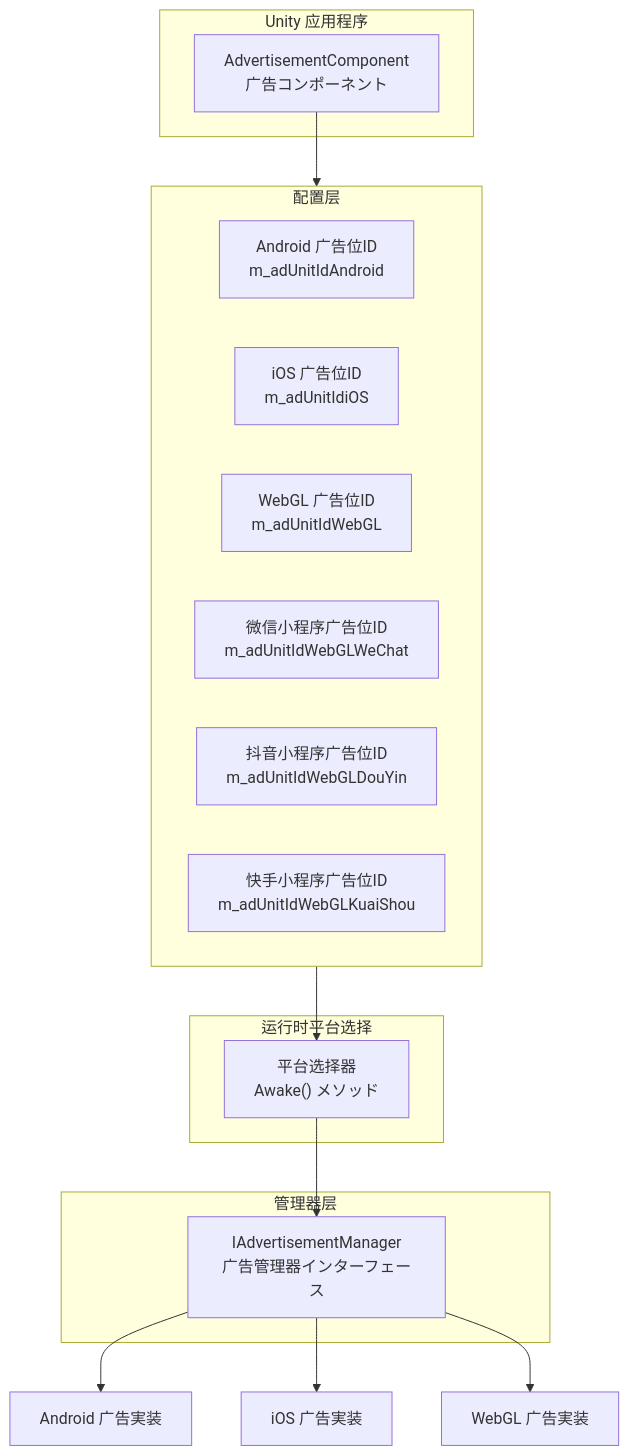
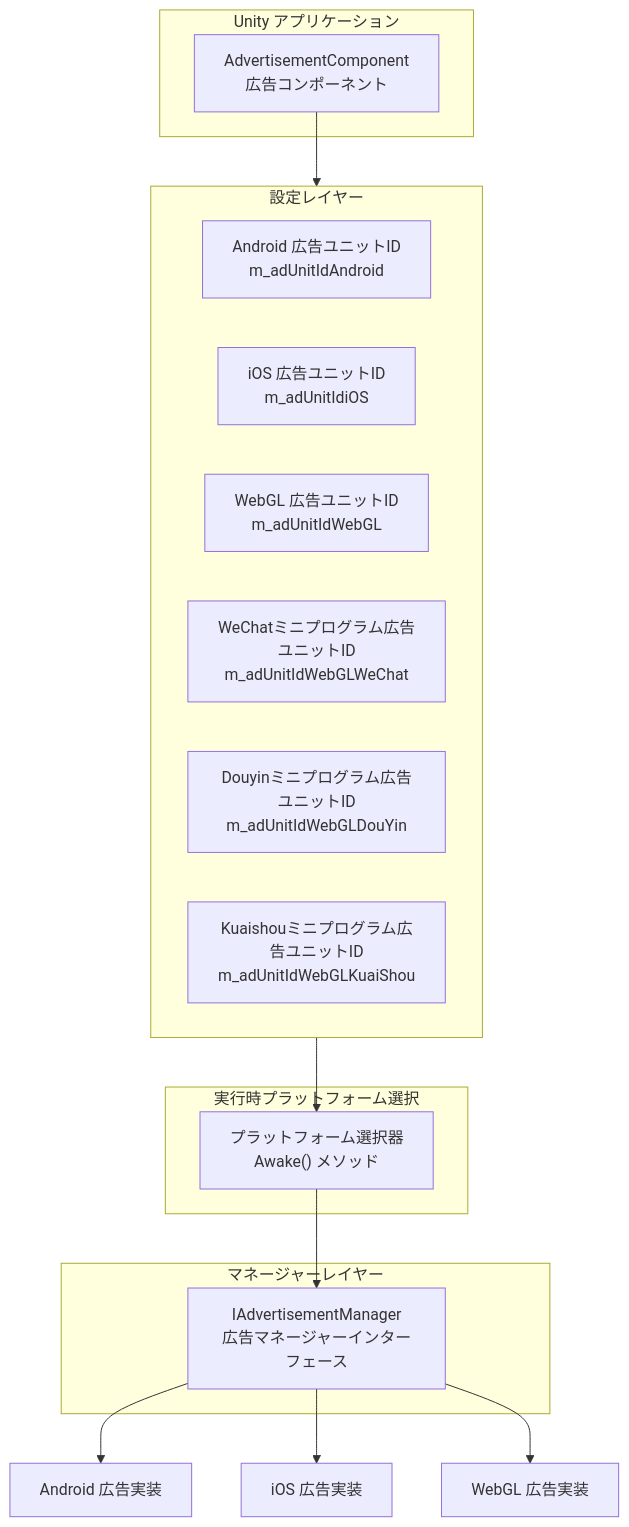
One commit to AlianBlank/GameFrameX.Docs changed the diagram in docs/ja/client/unity/component/advertisement/05.platforms.md. Above: the diagram before and after it, drawn with Mermaid. The commit also changed other lines of this file and 320 other files, not shown here.

````diff
--- a/docs/ja/client/unity/component/advertisement/05.platforms.md
+++ b/docs/ja/client/unity/component/advertisement/05.platforms.md
@@ -26,30 +26,30 @@
 ```mermaid
 flowchart TD
-    subgraph UnityApp["Unity 应用程序"]
-        AdvertisementComponent["AdvertisementComponent<br/>广告コンポーネント"]
+    subgraph UnityApp["Unity アプリケーション"]
+        AdvertisementComponent["AdvertisementComponent<br/>広告コンポーネント"]
     end
 
-    subgraph ConfigLayer["配置层"]
-        AndroidConfig["Android 广告位ID<br/>m_adUnitIdAndroid"]
-        IOSConfig["iOS 广告位ID<br/>m_adUnitIdiOS"]
-        WebGLConfig["WebGL 广告位ID<br/>m_adUnitIdWebGL"]
-        WeChatConfig["微信小程序广告位ID<br/>m_adUnitIdWebGLWeChat"]
-        DouYinConfig["抖音小程序广告位ID<br/>m_adUnitIdWebGLDouYin"]
-        KuaiShouConfig["快手小程序广告位ID<br/>m_adUnitIdWebGLKuaiShou"]
+    subgraph ConfigLayer["設定レイヤー"]
+        AndroidConfig["Android 広告ユニットID<br/>m_adUnitIdAndroid"]
+        IOSConfig["iOS 広告ユニットID<br/>m_adUnitIdiOS"]
+        WebGLConfig["WebGL 広告ユニットID<br/>m_adUnitIdWebGL"]
+        WeChatConfig["WeChatミニプログラム広告ユニットID<br/>m_adUnitIdWebGLWeChat"]
+        DouYinConfig["Douyinミニプログラム広告ユニットID<br/>m_adUnitIdWebGLDouYin"]
+        KuaiShouConfig["Kuaishouミニプログラム広告ユニットID<br/>m_adUnitIdWebGLKuaiShou"]
     end
 
-    subgraph Runtime["运行时平台选择"]
-        PlatformSelector["平台选择器<br/>Awake() メソッド"]
+    subgraph Runtime["実行時プラットフォーム選択"]
+        PlatformSelector["プラットフォーム選択器<br/>Awake() メソッド"]
     end
 
-    subgraph ManagerLayer["管理器层"]
-        IAdvertisementManager["IAdvertisementManager<br/>广告管理器インターフェース"]
+    subgraph ManagerLayer["マネージャーレイヤー"]
+        IAdvertisementManager["IAdvertisementManager<br/>広告マネージャーインターフェース"]
     end
 
     AdvertisementComponent --> ConfigLayer
     ConfigLayer --> PlatformSelector
     PlatformSelector --> IAdvertisementManager
-    IAdvertisementManager --> AndroidImpl["Android 广告実装"]
-    IAdvertisementManager --> IOSImpl["iOS 广告実装"]
-    IAdvertisementManager --> WebGLImpl["WebGL 广告実装"]
+    IAdvertisementManager --> AndroidImpl["Android 広告実装"]
+    IAdvertisementManager --> IOSImpl["iOS 広告実装"]
+    IAdvertisementManager --> WebGLImpl["WebGL 広告実装"]
 ```
````
